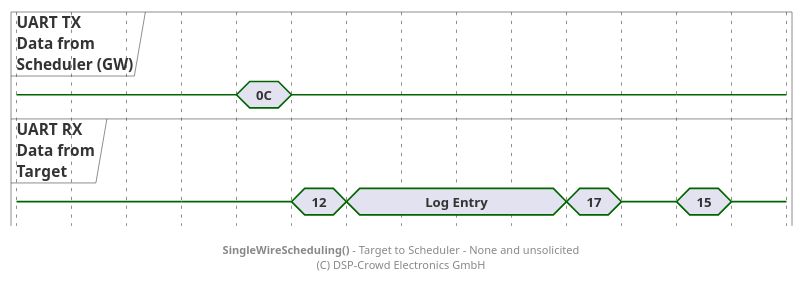
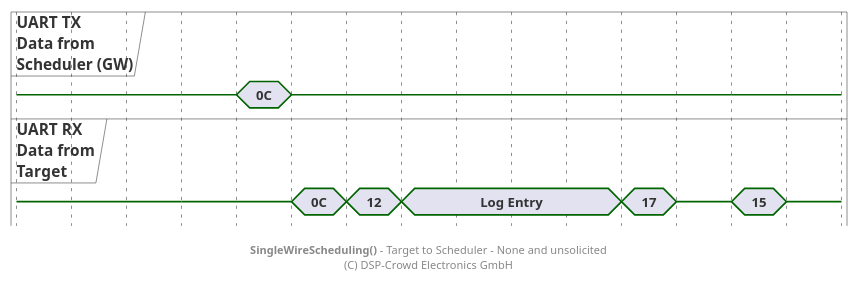
One commit to NoOrientationProgramming/code-orb changed the diagram in doc/system/protocol/A6_swt-target-to-sched_unsolicited_2.pu. Above: the diagram before and after it, drawn with PlantUML. The commit also changed 3 other files, not shown here.

```diff
--- a/doc/system/protocol/A6_swt-target-to-sched_unsolicited_2.pu
+++ b/doc/system/protocol/A6_swt-target-to-sched_unsolicited_2.pu
@@ -2,41 +2,44 @@
 @startuml
 
 hide time-axis
 
 concise "UART TX\nData from\nScheduler (GW)" as ctrl
 concise "UART RX\nData from\nTarget" as tar
 
 @0
 ctrl is {-}
 tar is {-}
 
 @+60
 ctrl is {-}
 tar is {-}
 
 @+20
 ctrl is "0C"
 
 @+20
 ctrl is {-}
+tar is "0C"
+
+@+20
 tar is "12"
 
 @+20
 tar is "Log Entry"
 
 @+80
 tar is "17"
 
 @+20
 tar is {-}
 
 @+20
 ctrl is {-}
 tar is "15"
 
 @+20
 tar is {-}
 
 footer **SingleWireScheduling()** - Target to Scheduler - None and unsolicited\n(C) DSP-Crowd Electronics GmbH
 
 @enduml
```
